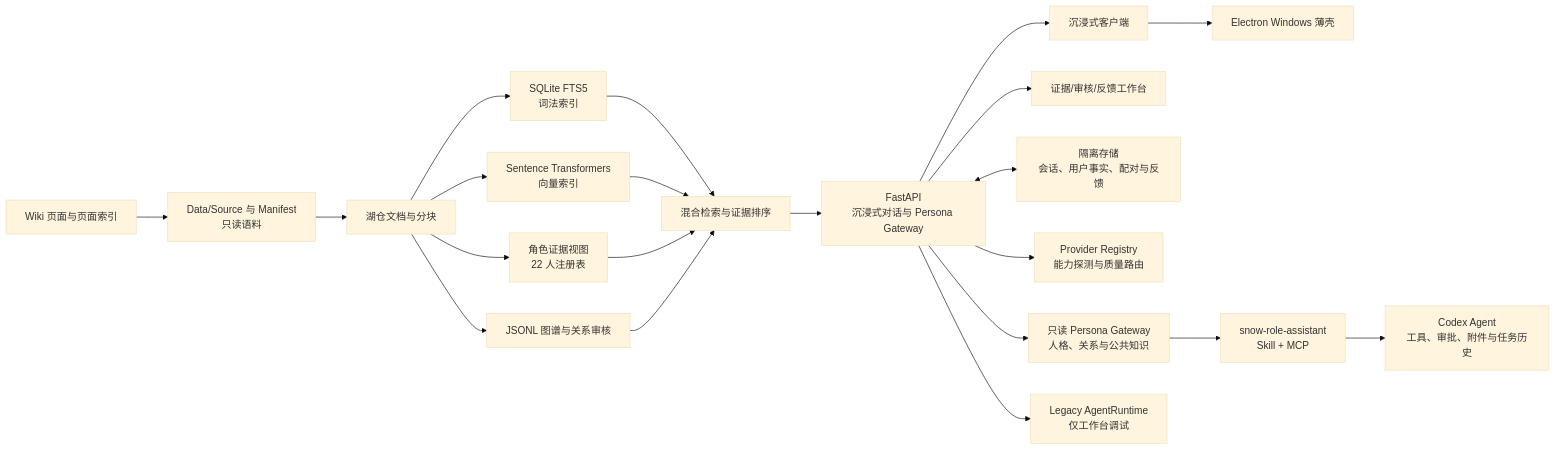
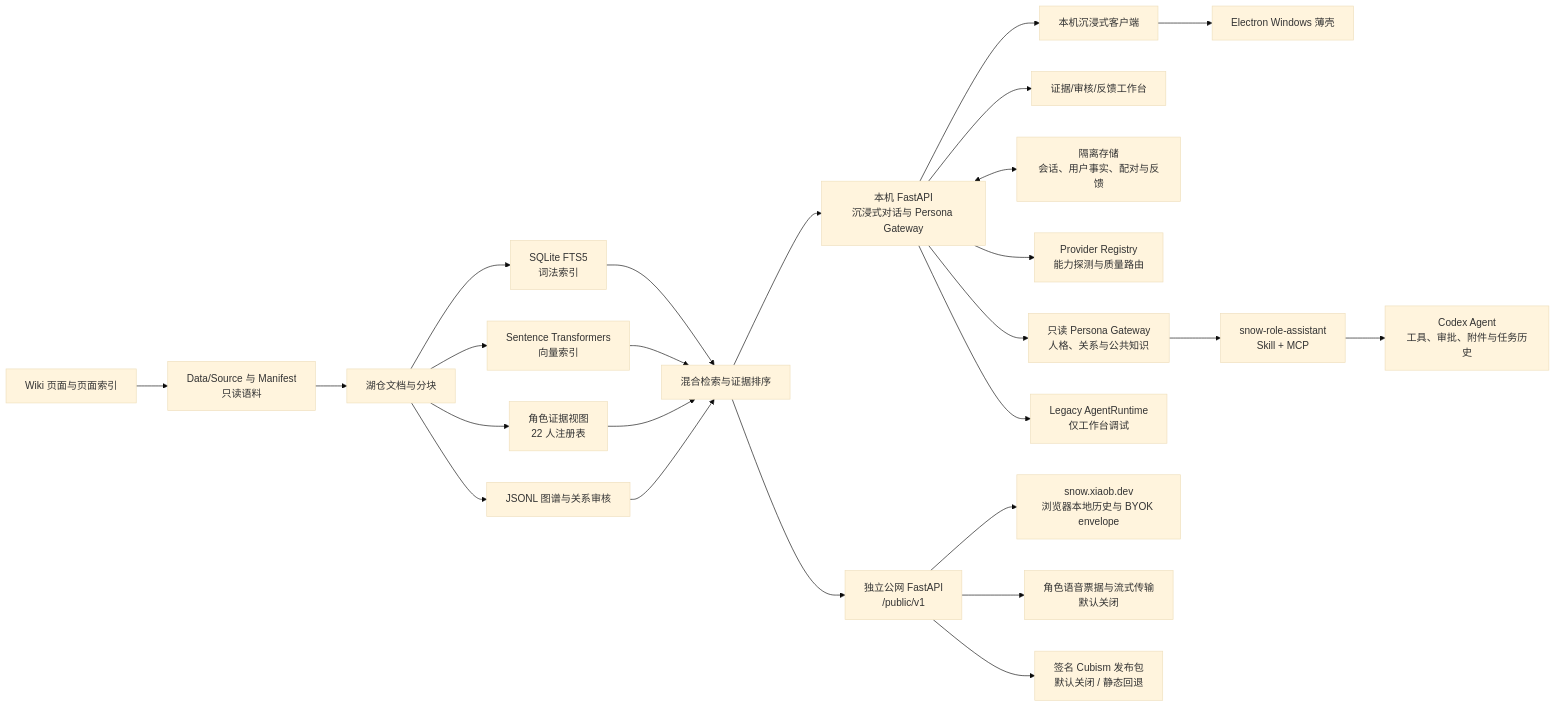
One commit to X1aoB/Project_Snow changed the diagram in README.md. Above: the diagram before and after it, drawn with Mermaid (base theme). The commit also changed other lines of this file, not shown here.

````diff
--- a/README.md
+++ b/README.md
@@ -125,23 +154,27 @@
 ```mermaid
 flowchart LR
     Wiki["Wiki 页面与页面索引"] --> Data["Data/Source 与 Manifest\n只读语料"]
     Data --> Lake["湖仓文档与分块"]
     Lake --> Lexical["SQLite FTS5\n词法索引"]
     Lake --> Vector["Sentence Transformers\n向量索引"]
     Lake --> Persona["角色证据视图\n22 人注册表"]
     Lake --> Graph["JSONL 图谱与关系审核"]
     Lexical --> Retrieval["混合检索与证据排序"]
     Vector --> Retrieval
     Persona --> Retrieval
     Graph --> Retrieval
-    Retrieval --> API["FastAPI\n沉浸式对话与 Persona Gateway"]
-    API --> Web["沉浸式客户端"]
+    Retrieval --> API["本机 FastAPI\n沉浸式对话与 Persona Gateway"]
+    Retrieval --> PublicAPI["独立公网 FastAPI\n/public/v1"]
+    API --> Web["本机沉浸式客户端"]
     API --> Workspace["证据/审核/反馈工作台"]
     Web --> Electron["Electron Windows 薄壳"]
     API <--> Runtime["隔离存储\n会话、用户事实、配对与反馈"]
     API --> Router["Provider Registry\n能力探测与质量路由"]
     API --> Gateway["只读 Persona Gateway\n人格、关系与公共知识"]
     Gateway --> Plugin["snow-role-assistant\nSkill + MCP"]
     Plugin --> Codex["Codex Agent\n工具、审批、附件与任务历史"]
     API --> Legacy["Legacy AgentRuntime\n仅工作台调试"]
+    PublicAPI --> PublicWeb["snow.xiaob.dev\n浏览器本地历史与 BYOK envelope"]
+    PublicAPI --> Voice["角色语音票据与流式传输\n默认关闭"]
+    PublicAPI --> Stage["签名 Cubism 发布包\n默认关闭 / 静态回退"]
 ```
````
